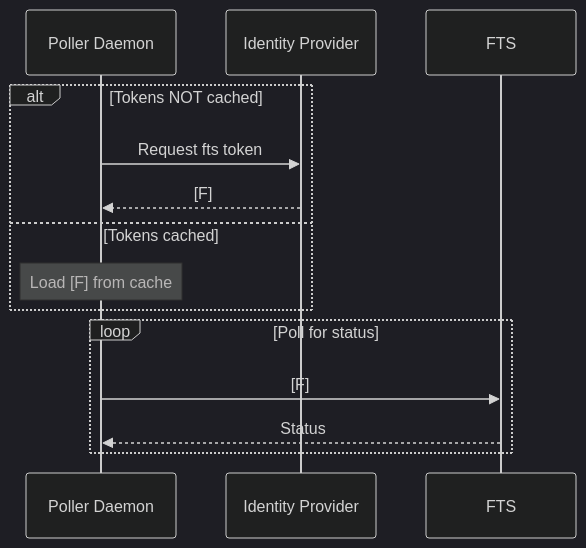
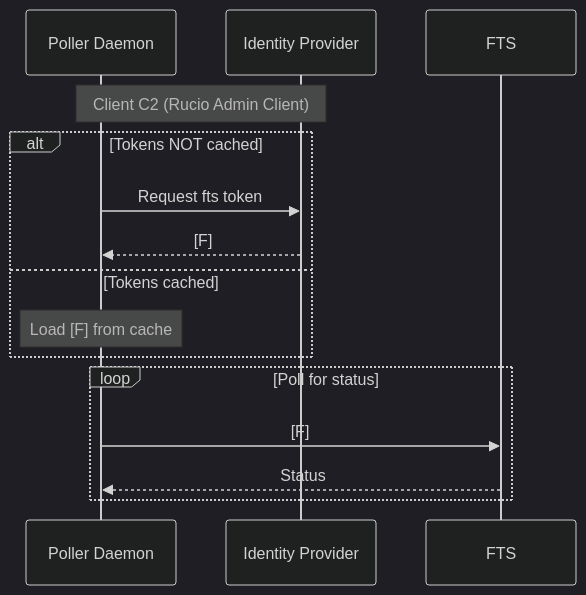
Before and after one commit to rucio/documentation: the second of 3 diagrams in docs/operator/installing_server.md, drawn with Mermaid (dark theme). The commit also changed other lines of this file, not shown here.

````diff
--- a/docs/operator/installing_server.md
+++ b/docs/operator/installing_server.md
@@ -396,16 +402,17 @@
    ```mermaid
    sequenceDiagram
        participant D as Poller Daemon
        participant I as Identity Provider
        participant F as FTS
+       Note over D,I: Client C2 (Rucio Admin Client)
        alt Tokens NOT cached
            D->>I: Request fts token
            I-->>D: [F]
        else Tokens cached
            Note over D: Load [F] from cache
        end
        loop Poll for status
            D->>F: [F]
            F-->>D: Status
        end
    ```
````
